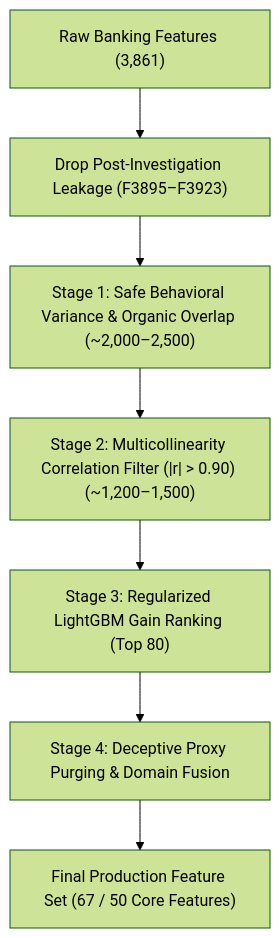
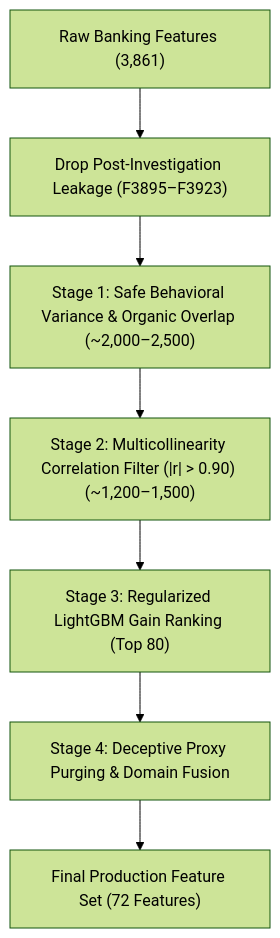
The second of 10 diagrams in README.md (gargijoshi9/BOI), drawn with Mermaid (forest theme) before and after one commit. The commit also changed other lines of this file and 7 other files, not shown here.

````diff
--- a/README.md
+++ b/README.md
@@ -80,9 +92,9 @@
 ```mermaid
 flowchart TD
     A["Raw Banking Features (3,861)"] --> B["Drop Post-Investigation Leakage (F3895–F3923)"]
     B --> C["Stage 1: Safe Behavioral Variance & Organic Overlap (~2,000–2,500)"]
     C --> D["Stage 2: Multicollinearity Correlation Filter (|r| > 0.90) (~1,200–1,500)"]
     D --> E["Stage 3: Regularized LightGBM Gain Ranking (Top 80)"]
     E --> F["Stage 4: Deceptive Proxy Purging & Domain Fusion"]
-    F --> G["Final Production Feature Set (67 / 50 Core Features)"]
+    F --> G["Final Production Feature Set (72 Features)"]
 ```
````
